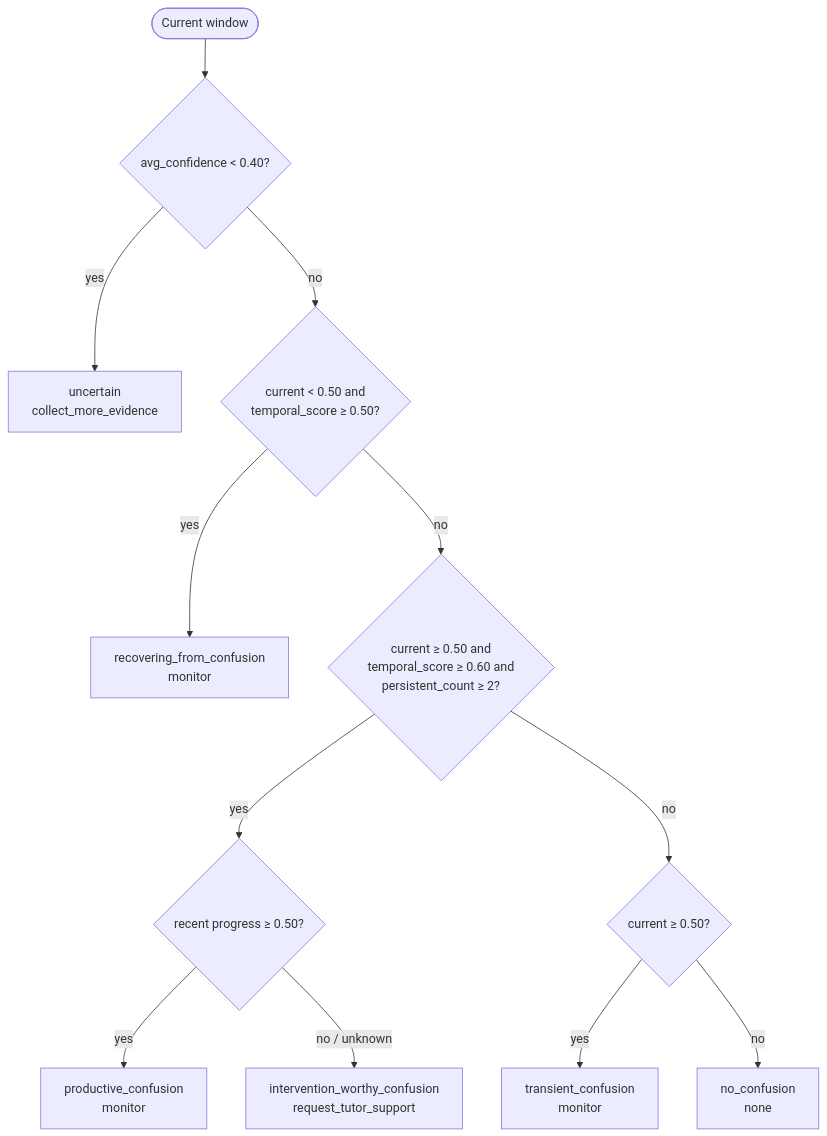
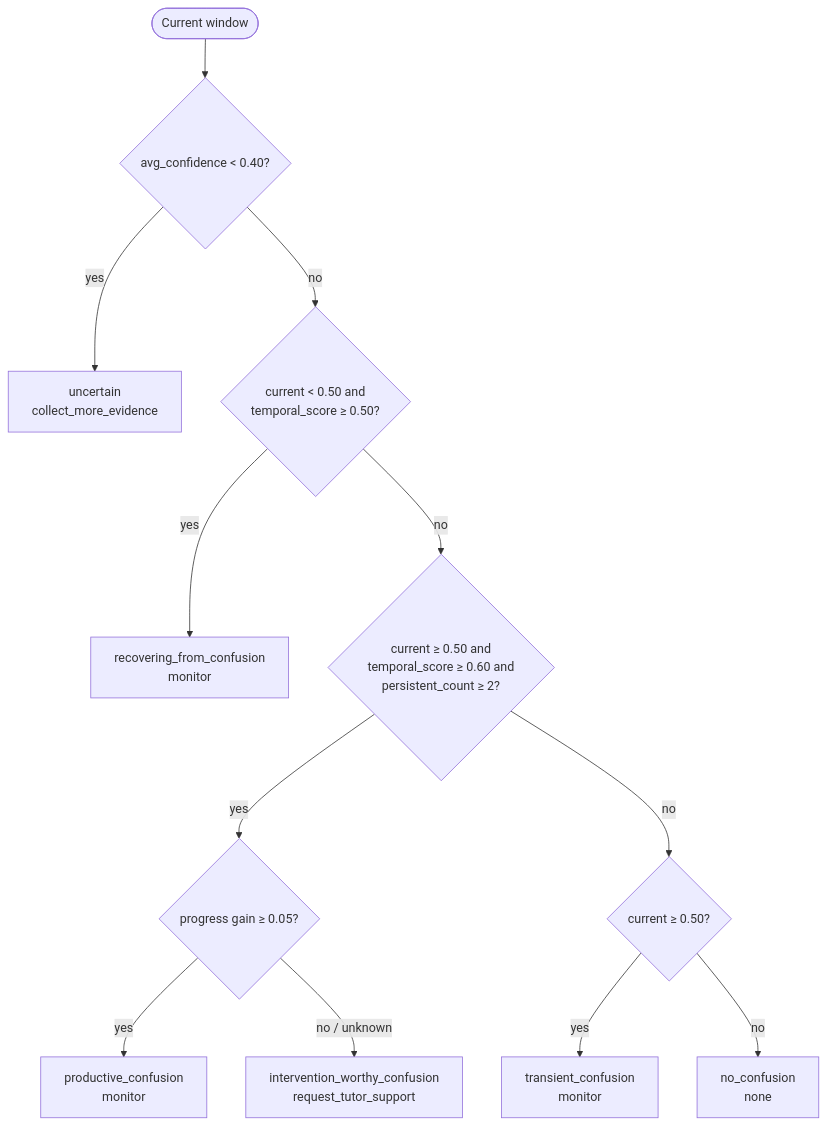
The diagram in docs/learner-state/05_TEMPORAL_DECISION_ENGINE.md (SLIIT-Vertex/J26-SE-323), drawn with Mermaid before and after one commit. The commit also changed other lines of this file and 15 other files, not shown here.

````diff
--- a/docs/learner-state/05_TEMPORAL_DECISION_ENGINE.md
+++ b/docs/learner-state/05_TEMPORAL_DECISION_ENGINE.md
@@ -91,14 +104,14 @@
 ```mermaid
 flowchart TD
     S([Current window]) --> U{avg_confidence < 0.40?}
     U -- yes --> UN[uncertain<br/>collect_more_evidence]
     U -- no --> R{current < 0.50 and<br/>temporal_score ≥ 0.50?}
     R -- yes --> RC[recovering_from_confusion<br/>monitor]
     R -- no --> P{current ≥ 0.50 and<br/>temporal_score ≥ 0.60 and<br/>persistent_count ≥ 2?}
-    P -- yes --> G{recent progress ≥ 0.50?}
+    P -- yes --> G{progress gain ≥ 0.05?}
     G -- yes --> PR[productive_confusion<br/>monitor]
     G -- no / unknown --> IW[intervention_worthy_confusion<br/>request_tutor_support]
     P -- no --> T{current ≥ 0.50?}
     T -- yes --> TR[transient_confusion<br/>monitor]
     T -- no --> NO[no_confusion<br/>none]
 ```
````
